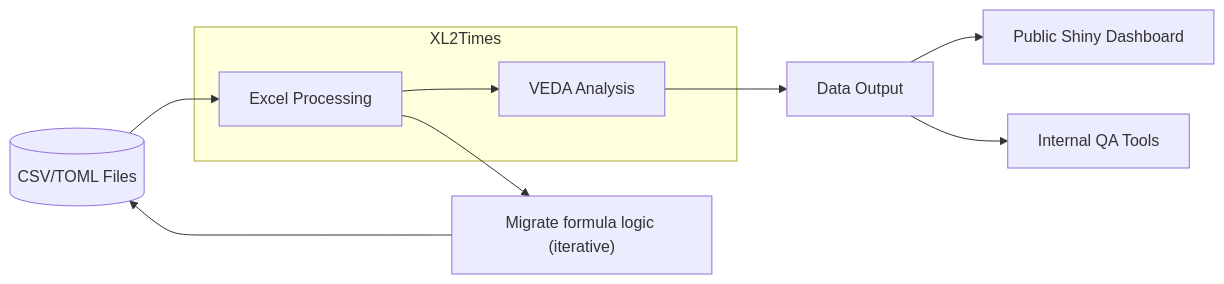
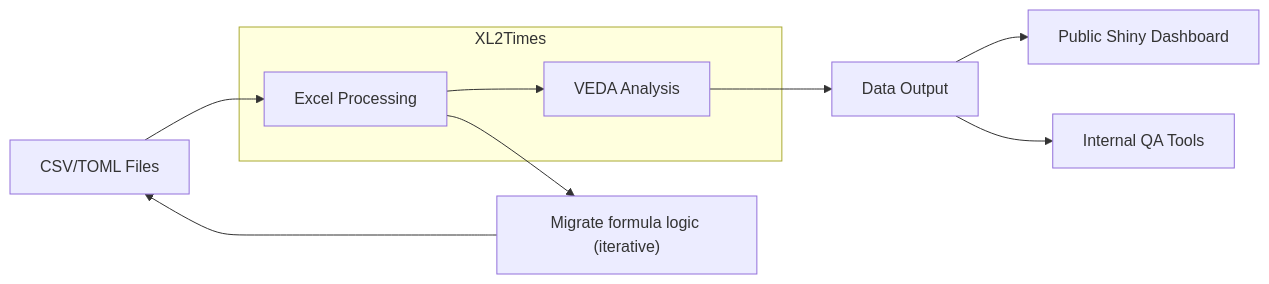
One commit to EECA-NZ/TIMES-NZ-Model-Files changed the diagram in PREPARE-TIMES-NZ/readme.md. Above: the diagram before and after it, drawn with Mermaid. The commit also changed other lines of this file and 55 other files, not shown here.

````diff
--- a/PREPARE-TIMES-NZ/readme.md
+++ b/PREPARE-TIMES-NZ/readme.md
@@ -44,29 +67,23 @@
 ```mermaid
 flowchart LR
-    CSV[("CSV/TOML Files")]
+    CSV["CSV/TOML Files"]
     EXCEL["Excel Processing"]
     MIGRATE_FORMULAS["Migrate formula logic (iterative)"]
     VEDA["VEDA Analysis"]
     OUTPUT["Data Output"]
     SHINY["Public Shiny Dashboard"]
-
     INTERNAL_QA["Internal QA Tools"]
 
     subgraph XL2TIMES["XL2Times"]
         EXCEL["Excel Processing"]
         VEDA["VEDA Analysis"]
     end
-
-
 
     CSV --> EXCEL
     EXCEL --> MIGRATE_FORMULAS
     MIGRATE_FORMULAS --> CSV
     EXCEL --> VEDA
     VEDA --> OUTPUT
     OUTPUT --> SHINY
     OUTPUT --> INTERNAL_QA
-
-
-
 ```
````
